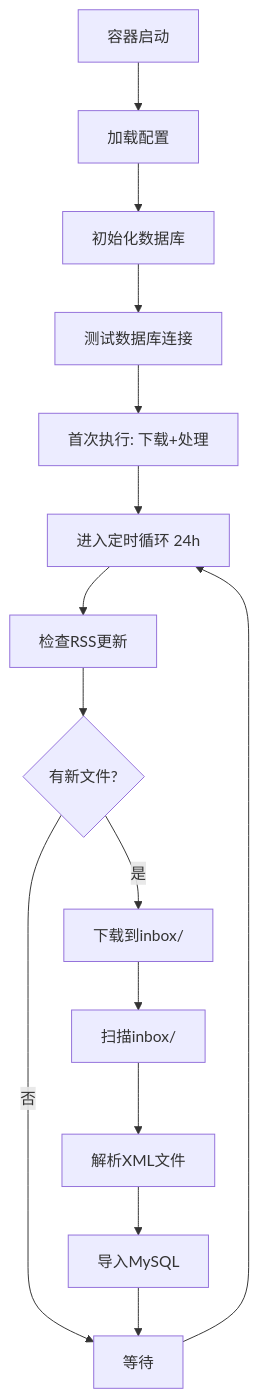
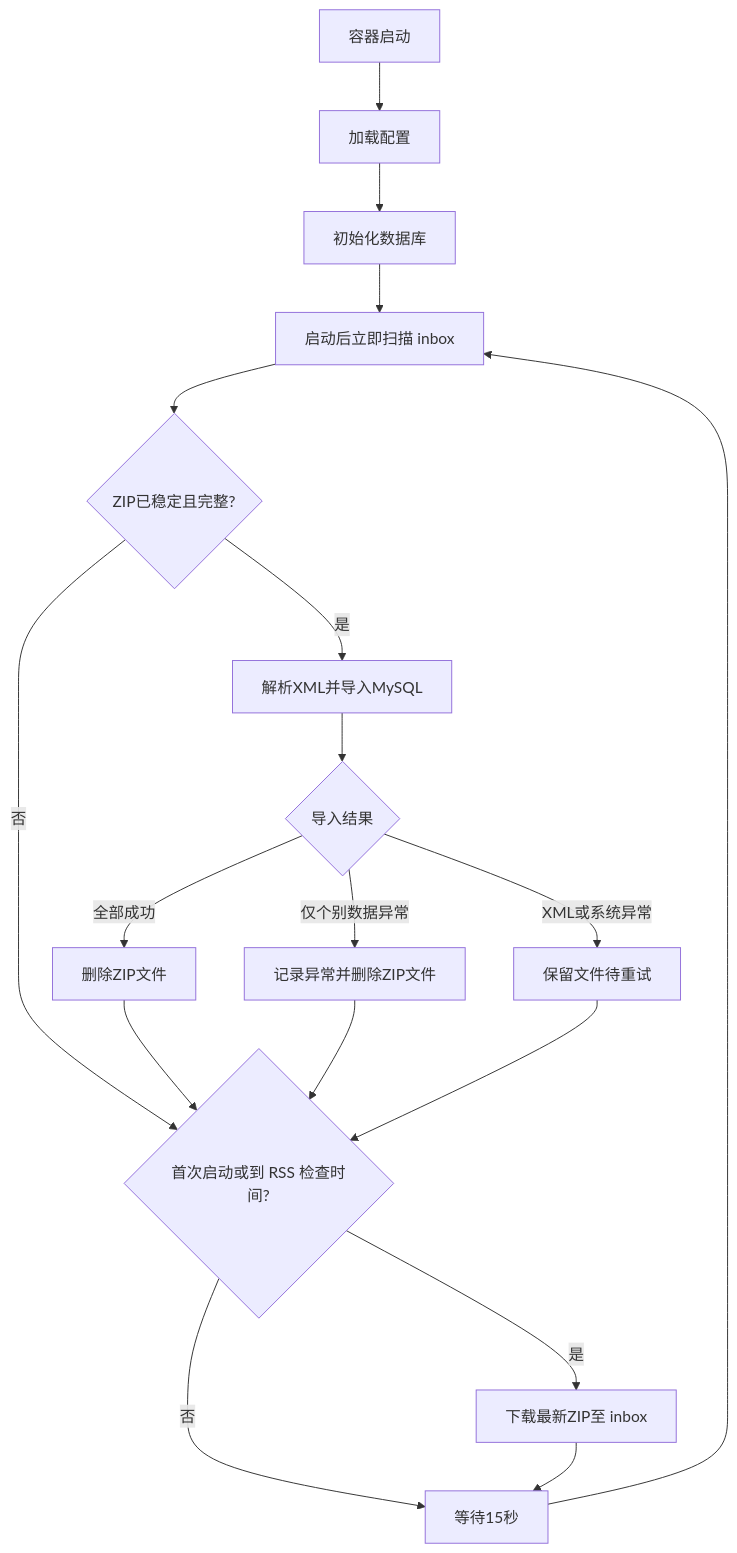
The diagram in README.md (OnesZhang/udi-data-platform), drawn with Mermaid before and after one commit. The commit also changed other lines of this file and 11 other files, not shown here.

````diff
--- a/README.md
+++ b/README.md
@@ -144,17 +151,21 @@
 ```mermaid
 graph TD
     A[容器启动] --> B[加载配置]
     B --> C[初始化数据库]
-    C --> D[测试数据库连接]
-    D --> E[首次执行: 下载+处理]
-    E --> F[进入定时循环 24h]
-    F --> G[检查RSS更新]
-    G --> H{有新文件?}
-    H -->|是| I[下载到inbox/]
-    H -->|否| J[等待]
-    I --> K[扫描inbox/]
-    K --> L[解析XML文件]
-    L --> M[导入MySQL]
-    M --> J
-    J --> F
+    C --> D[启动后立即扫描 inbox]
+    D --> E{ZIP已稳定且完整?}
+    E -->|是| F[解析XML并导入MySQL]
+    E -->|否| K
+    F --> G{导入结果}
+    G -->|全部成功| H[删除ZIP文件]
+    G -->|仅个别数据异常| I[记录异常并删除ZIP文件]
+    G -->|XML或系统异常| J[保留文件待重试]
+    H --> K
+    I --> K
+    J --> K
+    K{首次启动或到 RSS 检查时间?}
+    K -->|是| L[下载最新ZIP至 inbox]
+    K -->|否| M[等待15秒]
+    L --> M
+    M --> D
 ```
````
